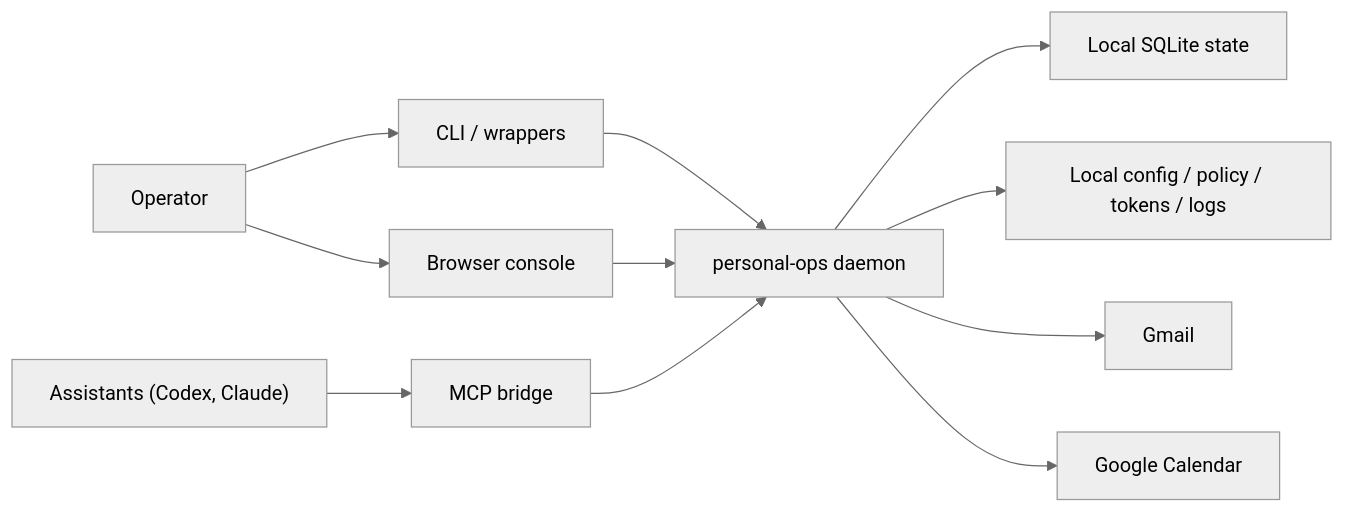
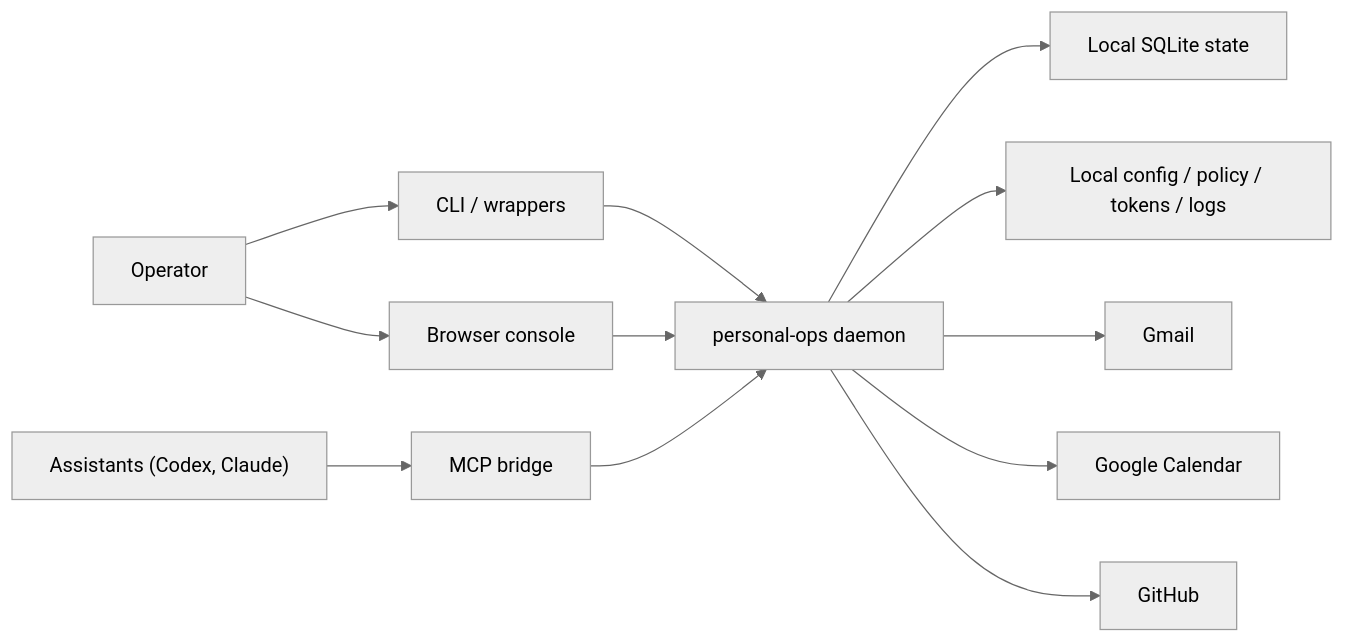
Before and after one commit to saagpatel/personal-ops: the diagram in ARCHITECTURE.md, drawn with Mermaid (neutral theme). The commit also changed other lines of this file and 28 other files, not shown here.

````diff
--- a/ARCHITECTURE.md
+++ b/ARCHITECTURE.md
@@ -33,13 +33,14 @@
 ```mermaid
 flowchart LR
   operator["Operator"] --> cli["CLI / wrappers"]
   operator --> console["Browser console"]
   assistants["Assistants (Codex, Claude)"] --> mcp["MCP bridge"]
   cli --> service["personal-ops daemon"]
   console --> service
   mcp --> service
   service --> db["Local SQLite state"]
   service --> config["Local config / policy / tokens / logs"]
   service --> gmail["Gmail"]
   service --> calendar["Google Calendar"]
+  service --> github["GitHub"]
 ```
````
